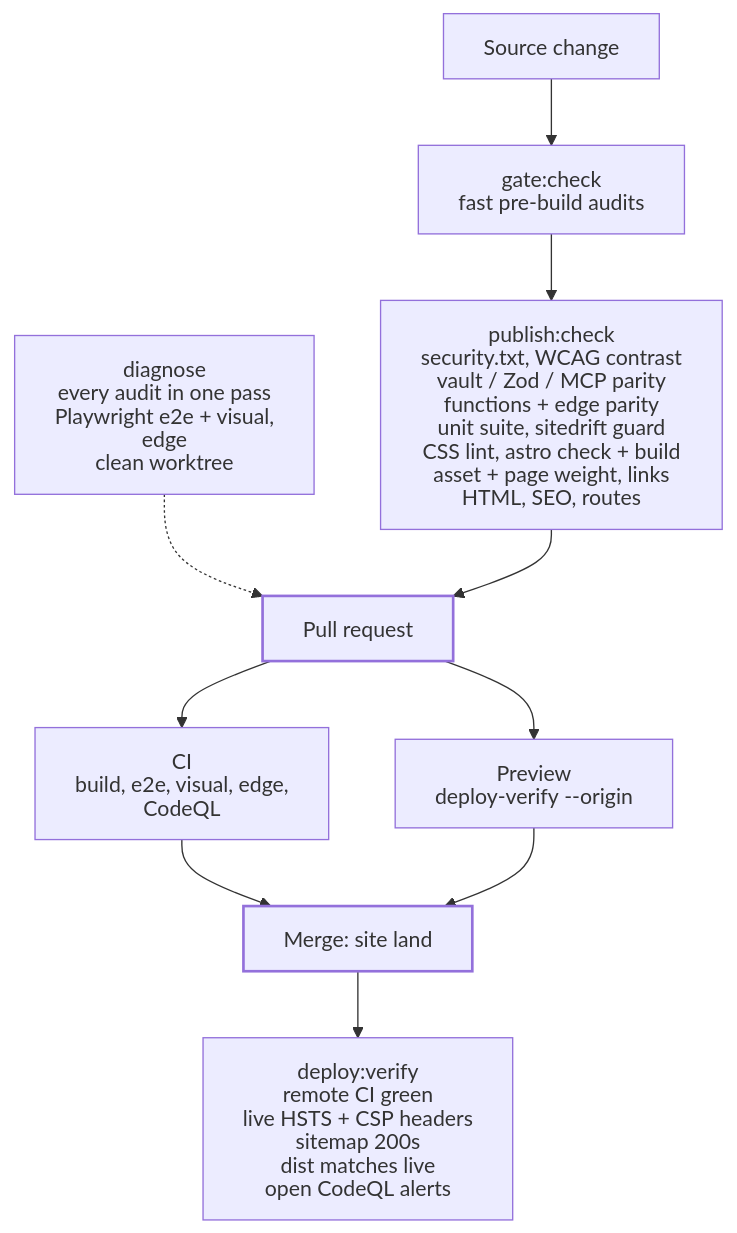
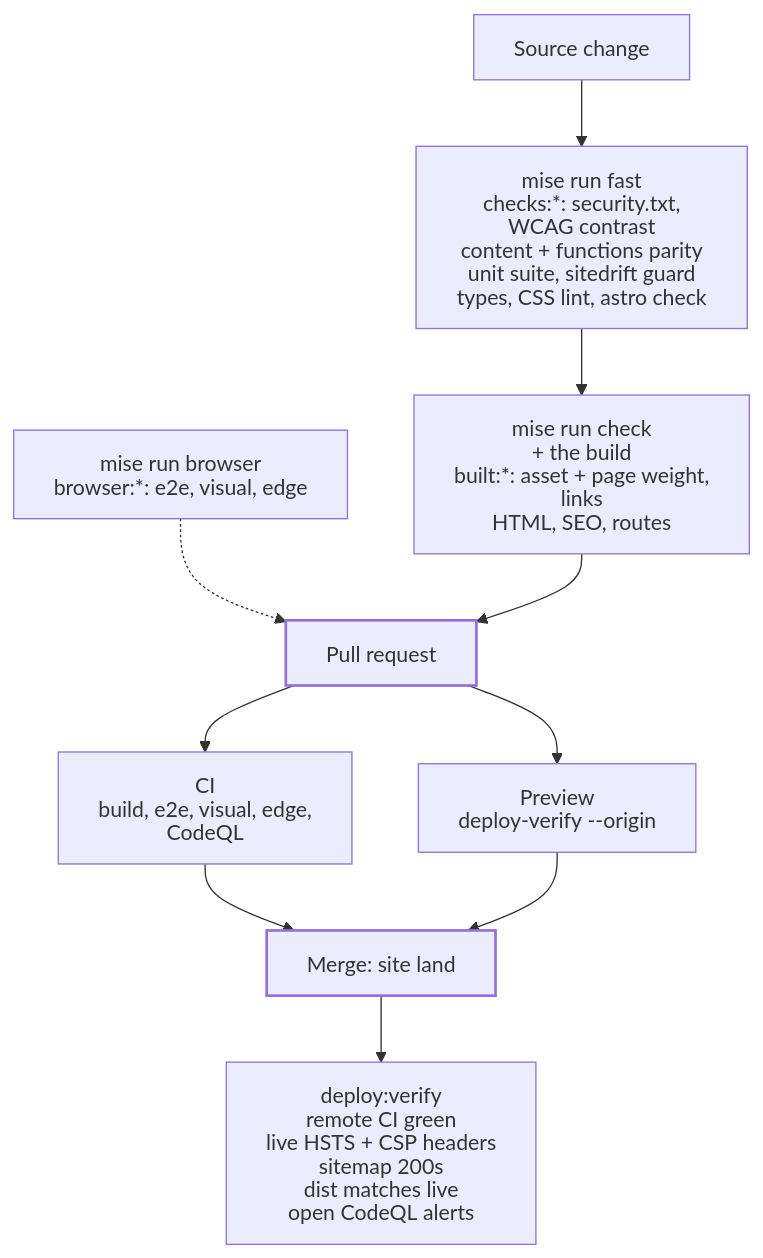
The diagram in docs/diagrams/gate-ladder.mmd (joeseverino/jseverino.com), drawn with Mermaid before and after one commit. The commit also changed 84 other files, not shown here.

First line of the commit message:
build: run every gate as a mise task

```diff
--- a/docs/diagrams/gate-ladder.mmd
+++ b/docs/diagrams/gate-ladder.mmd
@@ -1,14 +1,14 @@
 %%{init: { "htmlLabels": false } }%%
 flowchart TB
-    A["Source change"] --> G["gate:check<br/>fast pre-build audits"]
-    G --> B["publish:check<br/>security.txt, WCAG contrast<br/>vault / Zod / MCP parity<br/>functions + edge parity<br/>unit suite, sitedrift guard<br/>CSS lint, astro check + build<br/>asset + page weight, links<br/>HTML, SEO, routes"]
-    D["diagnose<br/>every audit in one pass<br/>Playwright e2e + visual, edge<br/>clean worktree"] -.-> PR
+    A["Source change"] --> G["mise run fast<br/>checks:*: security.txt, WCAG contrast<br/>content + functions parity<br/>unit suite, sitedrift guard<br/>types, CSS lint, astro check"]
+    G --> B["mise run check<br/>+ the build<br/>built:*: asset + page weight, links<br/>HTML, SEO, routes"]
+    D["mise run browser<br/>browser:*: e2e, visual, edge"] -.-> PR
     B --> PR["Pull request"]
     PR --> CI["CI<br/>build, e2e, visual, edge, CodeQL"]
     PR --> PV["Preview<br/>deploy-verify --origin"]
     CI --> M["Merge: site land"]
     PV --> M
     M --> E["deploy:verify<br/>remote CI green<br/>live HSTS + CSP headers<br/>sitemap 200s<br/>dist matches live<br/>open CodeQL alerts"]
 
     classDef anchor stroke-width:2px;
     class PR,M anchor;
```
